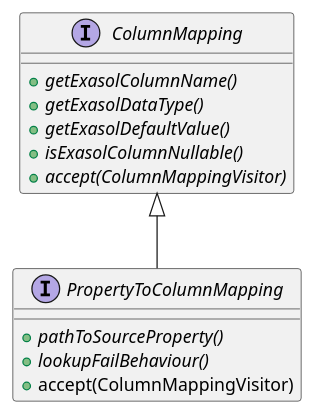
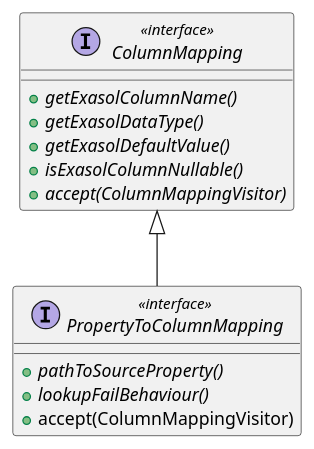
The diagram in doc/diagrams/mappingDefinitionInterface.puml (exasol/dynamodb-virtual-schema), drawn with PlantUML before and after one commit. The commit also changed 7 other files, not shown here.

Commit message:
added interface annotation to diagrams

```diff
--- a/doc/diagrams/mappingDefinitionInterface.puml
+++ b/doc/diagrams/mappingDefinitionInterface.puml
@@ -1,19 +1,19 @@
 @startuml
 
-interface ColumnMapping{
+interface  ColumnMapping <<interface>> {
 +{abstract} getExasolColumnName()
 +{abstract} getExasolDataType()
 +{abstract} getExasolDefaultValue()
 +{abstract} isExasolColumnNullable()
 +{abstract} accept(ColumnMappingVisitor)
 }
 
 
-interface PropertyToColumnMapping{
+interface  PropertyToColumnMapping <<interface>> {
 +{abstract} pathToSourceProperty()
 +{abstract} lookupFailBehaviour()
 +accept(ColumnMappingVisitor)
 }
 
 ColumnMapping <|-- PropertyToColumnMapping
 @enduml
```
